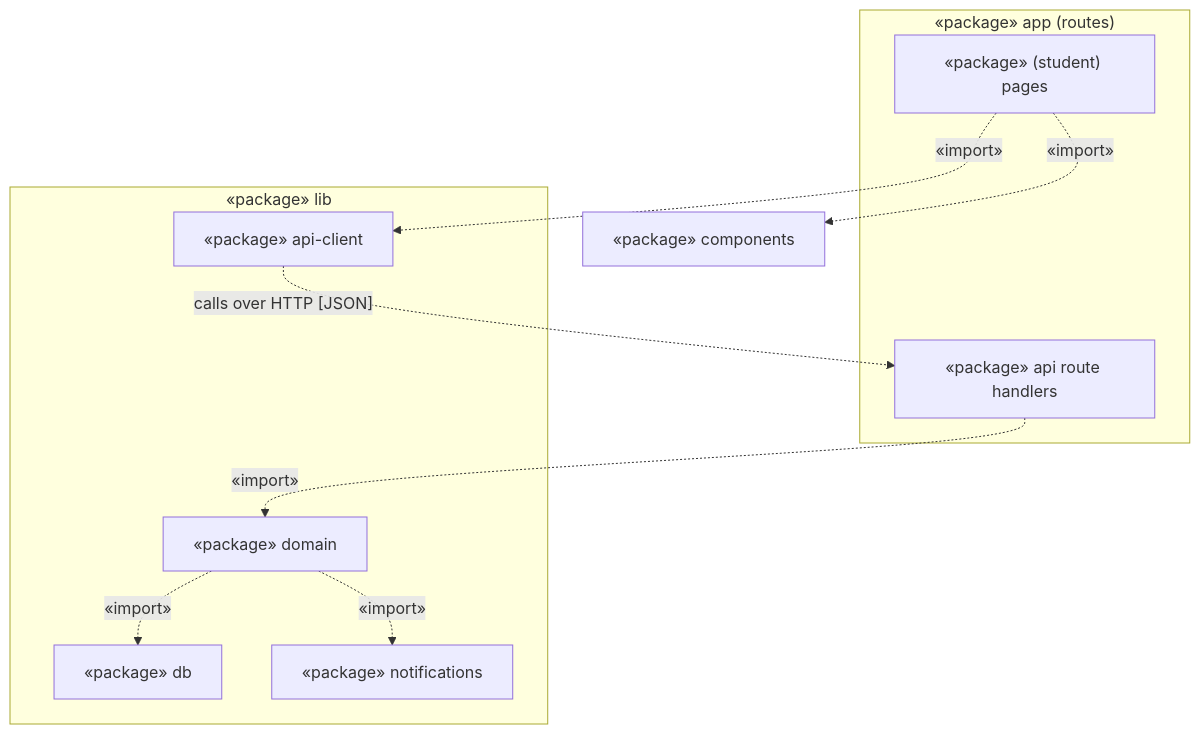
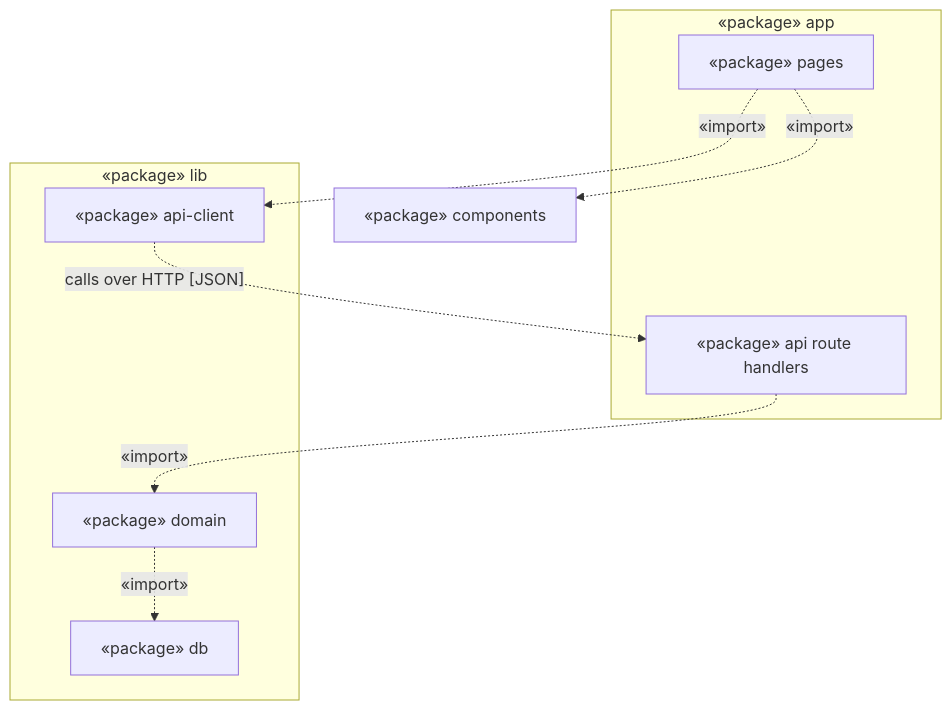
The diagram in docs/architecture/packages.md (angelalegria626-maker/budget-tracker-ryzza), drawn with Mermaid before and after one commit. The commit also changed other lines of this file, not shown here.

````diff
--- a/docs/architecture/packages.md
+++ b/docs/architecture/packages.md
@@ -3,20 +3,18 @@
 ```mermaid
 flowchart TB
-  subgraph APP["«package» app (routes)"]
-    P1["«package» (student) pages"]
+  subgraph APP["«package» app"]
+    P1["«package» pages"]
     P2["«package» api route handlers"]
   end
   P3["«package» components"]
   subgraph LIB["«package» lib"]
     P4["«package» api-client"]
     P5["«package» domain"]
     P6["«package» db"]
-    P7["«package» notifications"]
   end
   P1 -. "«import»" .-> P3
   P1 -. "«import»" .-> P4
   P4 -. "calls over HTTP [JSON]" .-> P2
   P2 -. "«import»" .-> P5
   P5 -. "«import»" .-> P6
-  P5 -. "«import»" .-> P7
 ```
````
